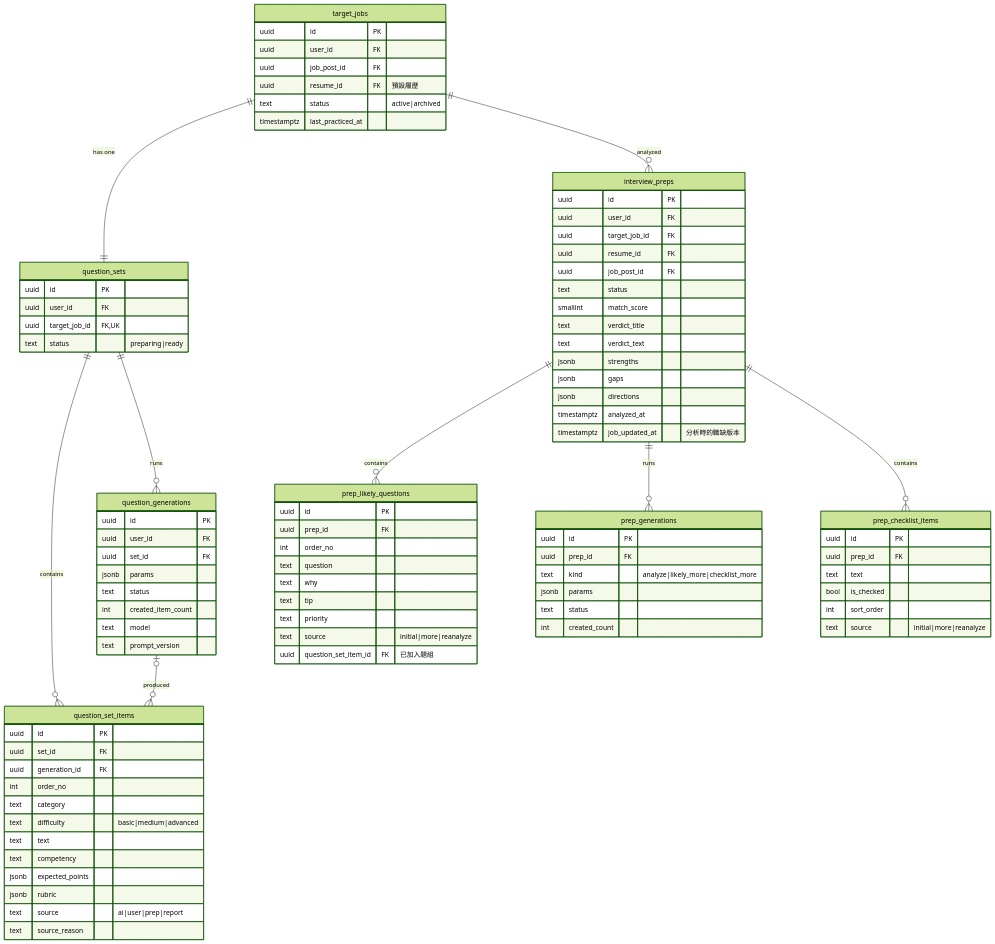
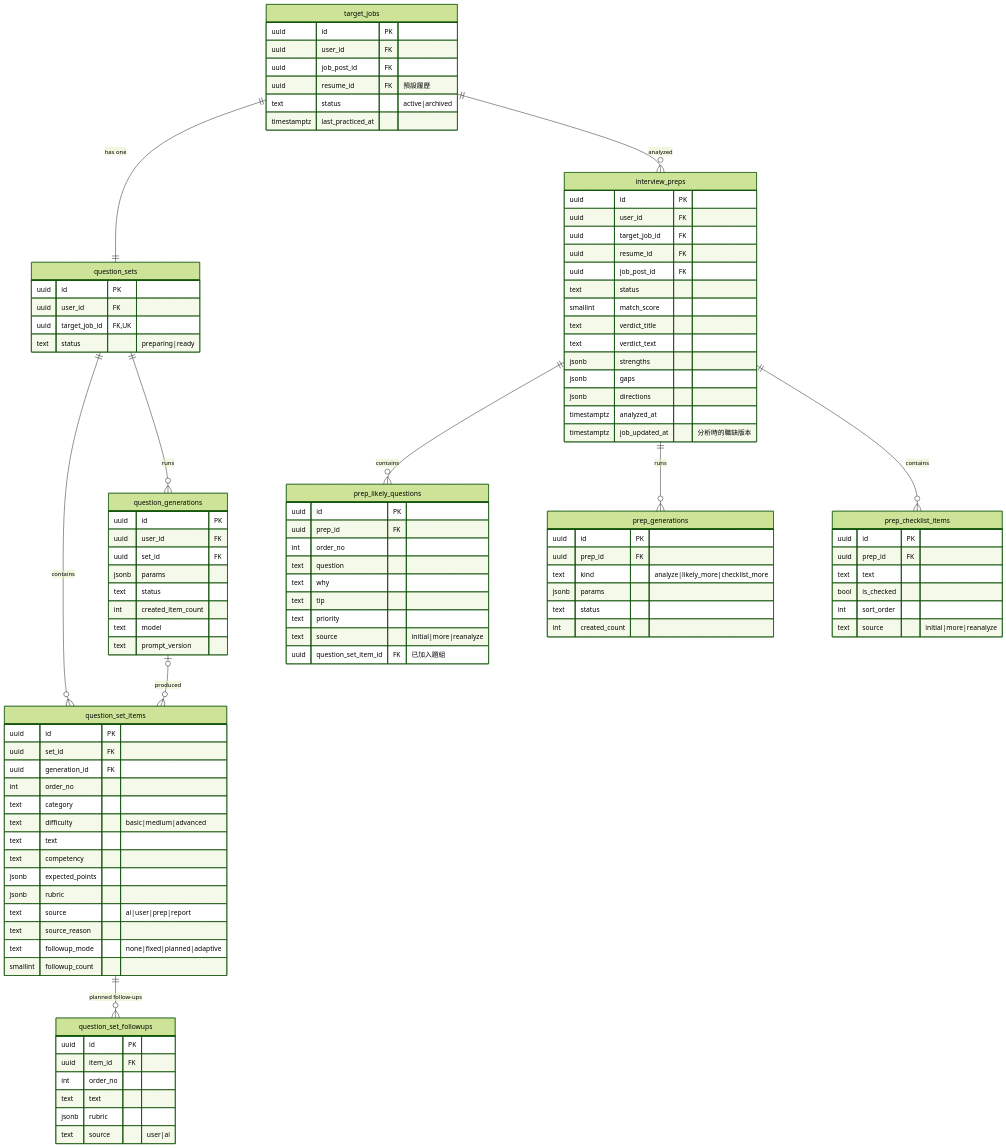
One commit to WilliamTsai1227/AI_Interview changed the third of 4 diagrams in spec/postgresql.md. Above: the diagram before and after it, drawn with Mermaid (forest theme). The commit also changed other lines of this file and 4 other files, not shown here.

```diff
--- a/spec/postgresql.md
+++ b/spec/postgresql.md
@@ -199,6 +237,16 @@
         jsonb rubric
         text source "ai|user|prep|report"
         text source_reason
+        text followup_mode "none|fixed|planned|adaptive"
+        smallint followup_count
+    }
+    question_set_followups {
+        uuid id PK
+        uuid item_id FK
+        int order_no
+        text text
+        jsonb rubric
+        text source "user|ai"
     }
     question_generations {
         uuid id PK
@@ -258,6 +306,7 @@
     interview_preps ||--o{ prep_likely_questions : contains
     interview_preps ||--o{ prep_generations : runs
     question_sets ||--o{ question_set_items : contains
+    question_set_items ||--o{ question_set_followups : "planned follow-ups"
     question_sets ||--o{ question_generations : runs
     question_generations |o--o{ question_set_items : produced
     interview_preps ||--o{ prep_checklist_items : contains
```
